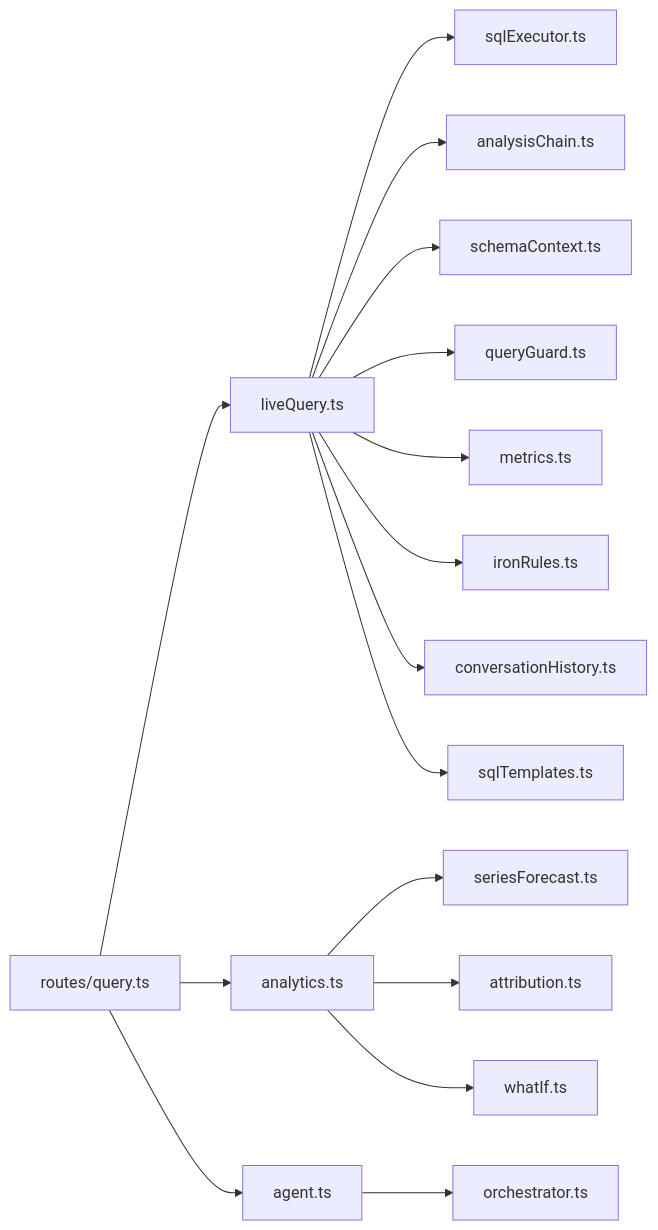
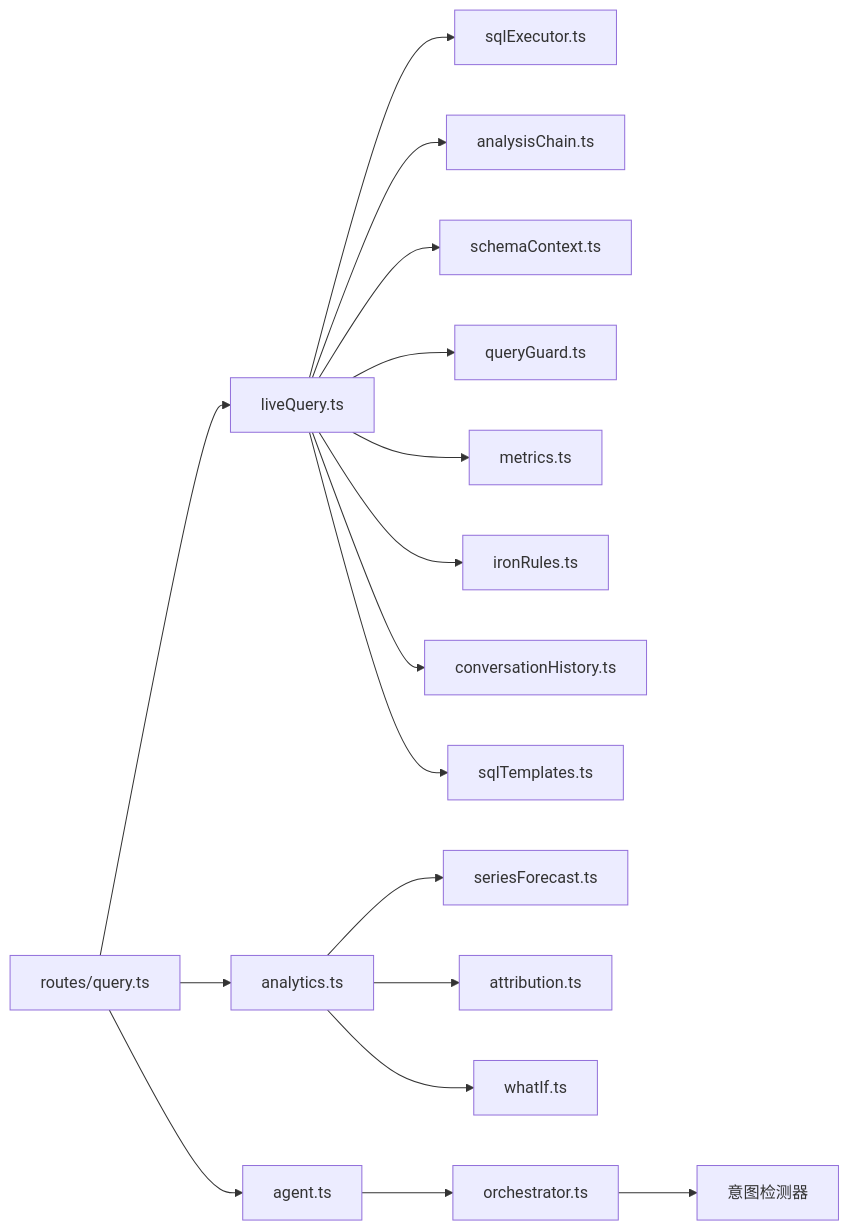
The tenth of 10 diagrams in .qoder/repowiki/zh/content/后端服务/核心业务模块/查询处理引擎/查询处理引擎.md (dgjin/smart-data-analytics), drawn with Mermaid before and after one commit. The commit also changed other lines of this file and 146 other files, not shown here.

````diff
--- a/.qoder/repowiki/zh/content/后端服务/核心业务模块/查询处理引擎/查询处理引擎.md
+++ b/.qoder/repowiki/zh/content/后端服务/核心业务模块/查询处理引擎/查询处理引擎.md
@@ -408,18 +445,19 @@
 ```mermaid
 graph LR
 Route["routes/query.ts"] --> Live["liveQuery.ts"]
 Route --> Analytics["analytics.ts"]
 Route --> Agent["agent.ts"]
 Live --> Executor["sqlExecutor.ts"]
 Live --> Chain["analysisChain.ts"]
 Live --> Schema["schemaContext.ts"]
 Live --> Guard["queryGuard.ts"]
 Live --> Metrics["metrics.ts"]
 Live --> Iron["ironRules.ts"]
 Live --> Conv["conversationHistory.ts"]
 Live --> Templates["sqlTemplates.ts"]
 Analytics --> SeriesForecast["seriesForecast.ts"]
 Analytics --> Attribution["attribution.ts"]
 Analytics --> WhatIf["whatIf.ts"]
 Agent --> Orchestrator["orchestrator.ts"]
+Orchestrator --> IntentDetection["意图检测器"]
 ```
````
